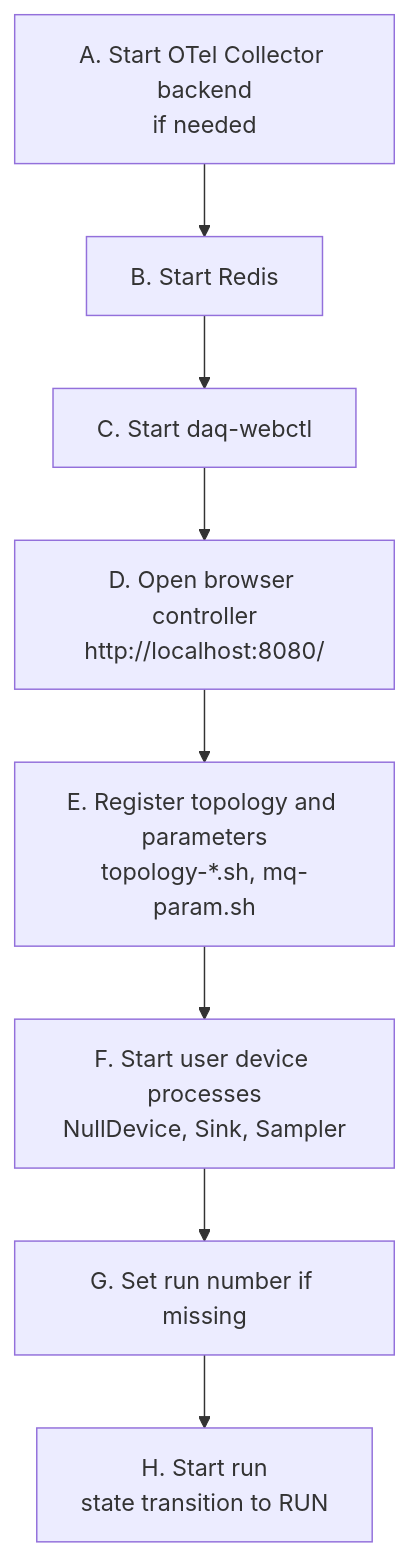
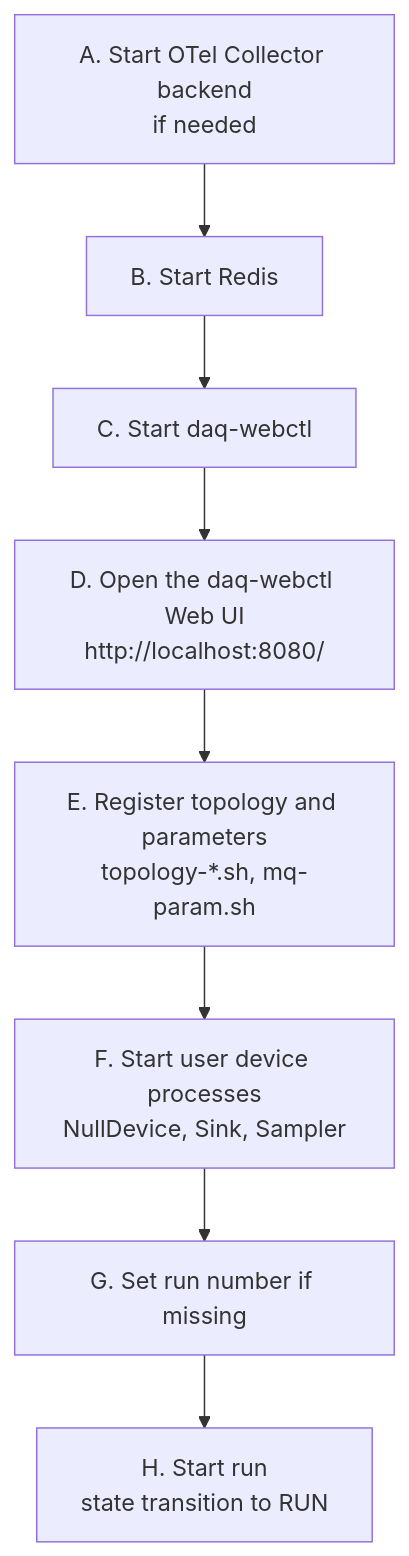
One commit to tntakahashi/nestdaq changed the first of 2 diagrams in examples/README.md. Above: the diagram before and after it, drawn with Mermaid. The commit also changed other lines of this file and 3 other files, not shown here.

Commit message:
docs(examples): clarify lifecycle hooks and daq-webctl architecture

````diff
--- a/examples/README.md
+++ b/examples/README.md
@@ -66,14 +75,14 @@
 ```mermaid
 flowchart TD
   Otel[A. Start OTel Collector backend<br/>if needed]
   Redis[B. Start Redis]
   WebCtl[C. Start daq-webctl]
-  Browser[D. Open browser controller<br/>http://localhost:8080/]
+  Browser[D. Open the daq-webctl Web UI<br/>http://localhost:8080/]
   Config[E. Register topology and parameters<br/>topology-*.sh, mq-param.sh]
   UserDevices[F. Start user device processes<br/>NullDevice, Sink, Sampler]
   RunNumber[G. Set run number if missing]
   StartRun[H. Start run<br/>state transition to RUN]
 
   Otel --> Redis --> WebCtl --> Browser --> Config --> UserDevices --> RunNumber
   RunNumber --> StartRun
 ```
````
